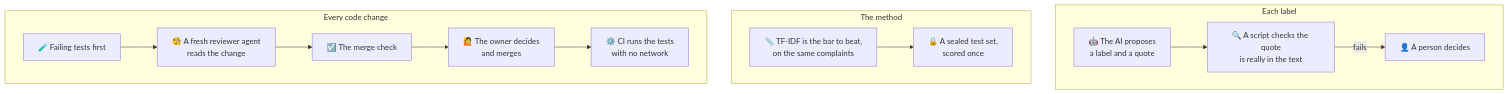
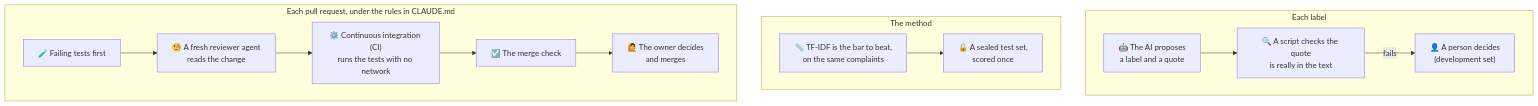
The second of 2 diagrams in README.md (MannyAdc/voc-demo), drawn with Mermaid before and after one commit. The commit also changed other lines of this file and 7 other files, not shown here.

````diff
--- a/README.md
+++ b/README.md
@@ -34,15 +36,15 @@
 ```mermaid
 flowchart TB
     subgraph L["Each label"]
         L1["🤖 The AI proposes<br/>a label and a quote"] --> L2["🔍 A script checks the quote<br/>is really in the text"]
-        L2 -- fails --> L3["👤 A person decides"]
+        L2 -- fails --> L3["👤 A person decides<br/>(development set)"]
     end
     subgraph M["The method"]
         M1["📏 TF-IDF is the bar to beat,<br/>on the same complaints"] --> M2["🔒 A sealed test set,<br/>scored once"]
     end
-    subgraph C["Every code change"]
+    subgraph C["Each pull request, under the rules in CLAUDE.md"]
         C1["🧪 Failing tests first"] --> C2["🧐 A fresh reviewer agent<br/>reads the change"]
-        C2 --> C3["☑️ The merge check"] --> C4["🙋 The owner decides<br/>and merges"]
-        C4 --> C5["⚙️ CI runs the tests<br/>with no network"]
+        C2 --> C3["⚙️ Continuous integration (CI)<br/>runs the tests with no network"]
+        C3 --> C4["☑️ The merge check"] --> C5["🙋 The owner decides<br/>and merges"]
     end
 ```
````
